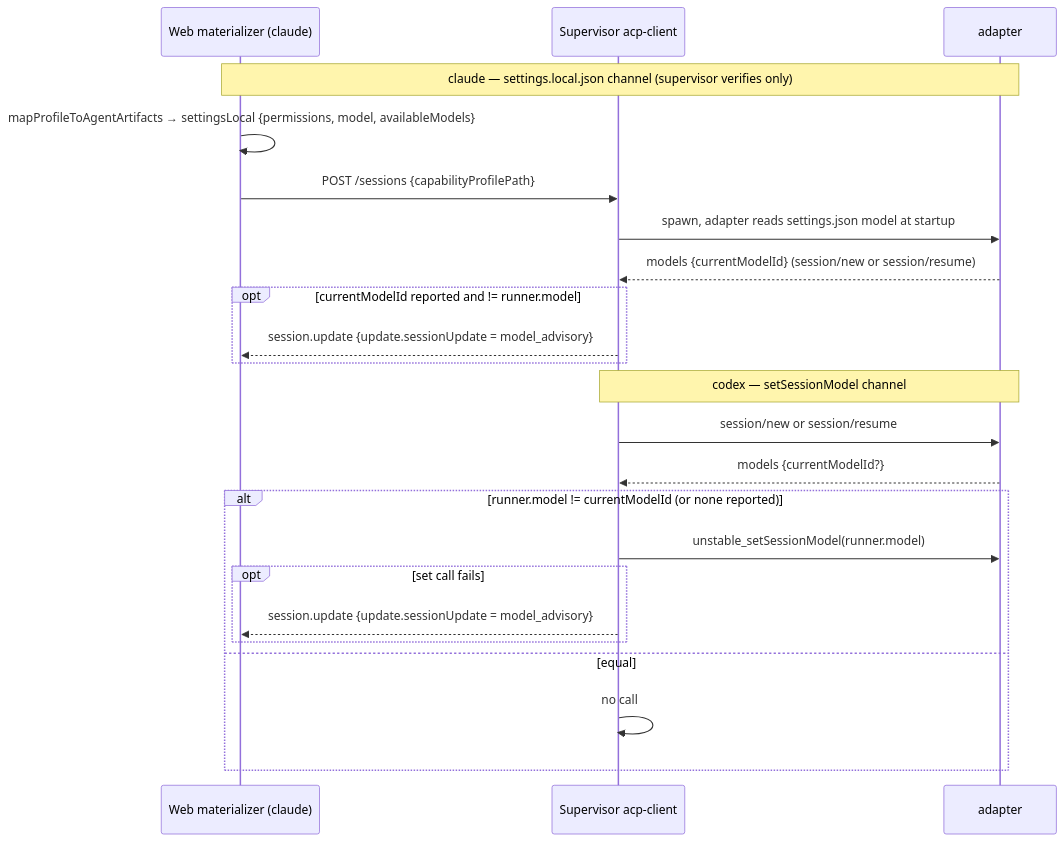
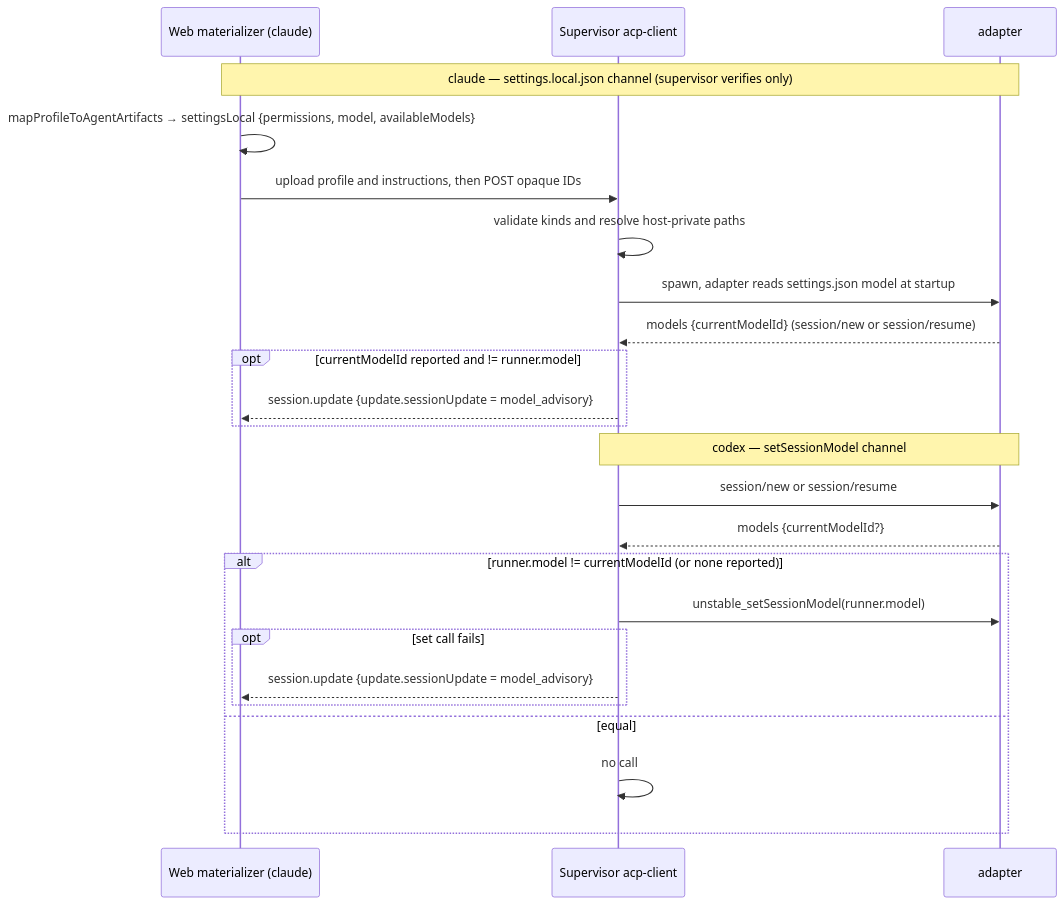
Before and after one commit to maister-dev/maister: the fourth of 5 diagrams in docs/system-analytics/model-catalog.md, drawn with Mermaid. The commit also changed 41 other files, not shown here.

````diff
--- a/docs/system-analytics/model-catalog.md
+++ b/docs/system-analytics/model-catalog.md
@@ -189,27 +189,28 @@
 ```mermaid
 sequenceDiagram
     participant Web as Web materializer (claude)
     participant Sup as Supervisor acp-client
     participant Child as adapter
 
     Note over Web,Child: claude — settings.local.json channel (supervisor verifies only)
     Web->>Web: mapProfileToAgentArtifacts → settingsLocal {permissions, model, availableModels}
-    Web->>Sup: POST /sessions {capabilityProfilePath}
+    Web->>Sup: upload profile and instructions, then POST opaque IDs
+    Sup->>Sup: validate kinds and resolve host-private paths
     Sup->>Child: spawn, adapter reads settings.json model at startup
     Child-->>Sup: models {currentModelId} (session/new or session/resume)
     opt currentModelId reported and != runner.model
         Sup-->>Web: session.update {update.sessionUpdate = model_advisory}
     end
 
     Note over Sup,Child: codex — setSessionModel channel
     Sup->>Child: session/new or session/resume
     Child-->>Sup: models {currentModelId?}
     alt runner.model != currentModelId (or none reported)
         Sup->>Child: unstable_setSessionModel(runner.model)
         opt set call fails
             Sup-->>Web: session.update {update.sessionUpdate = model_advisory}
         end
     else equal
         Sup->>Sup: no call
     end
 ```
````
